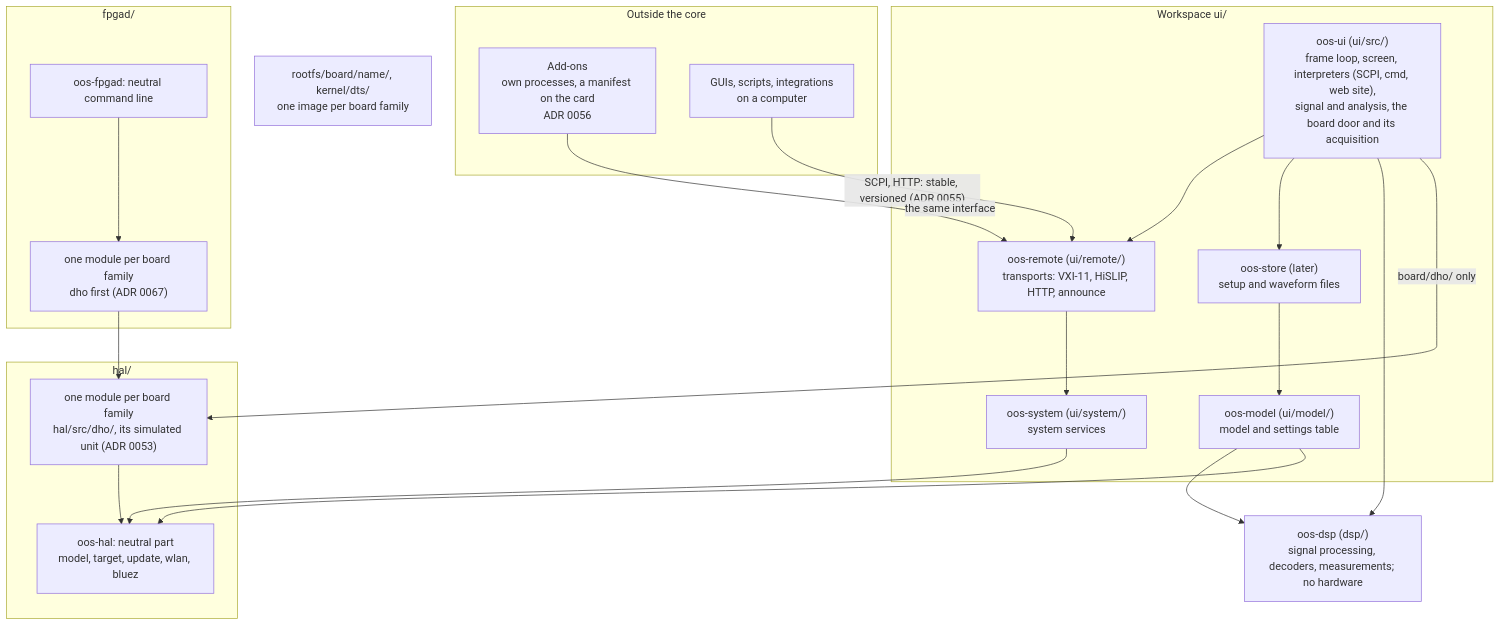
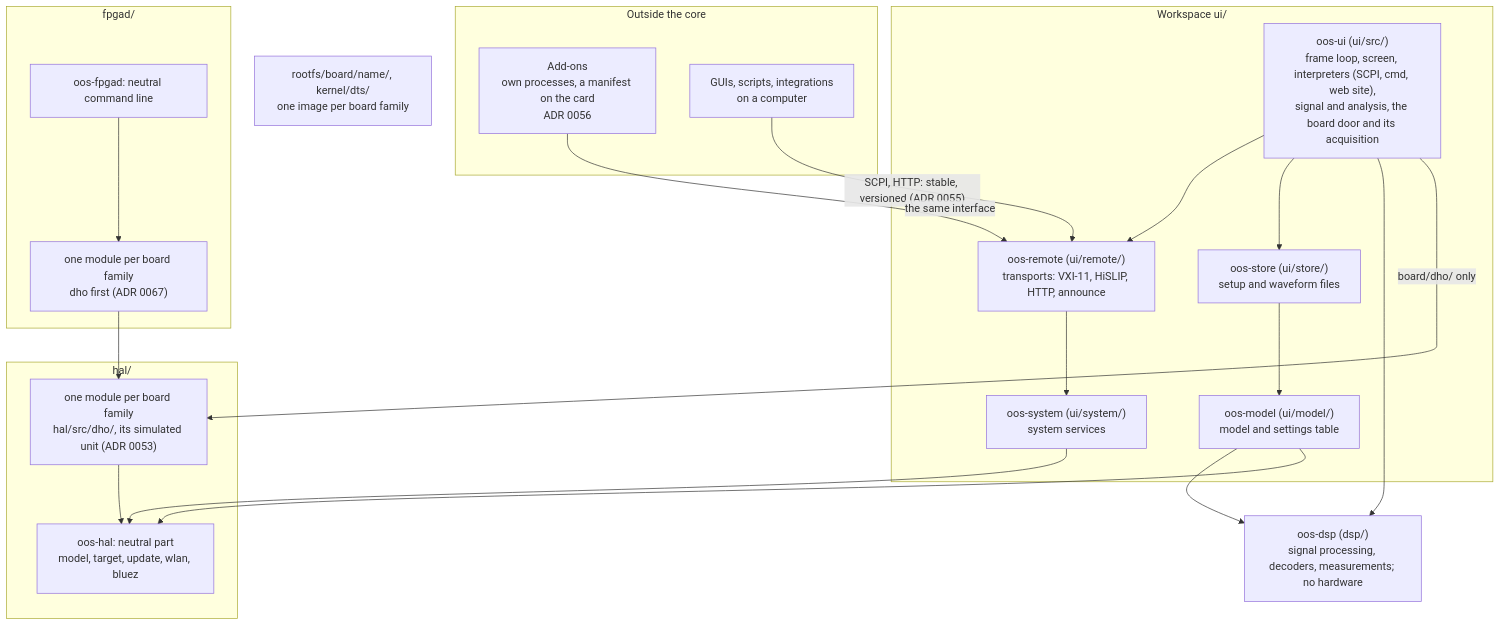
The fifth of 5 diagrams in docs/architecture.md (deckerjulian/oos), drawn with Mermaid before and after one commit. The commit also changed other lines of this file and 25 other files, not shown here.

````diff
--- a/docs/architecture.md
+++ b/docs/architecture.md
@@ -283,38 +293,38 @@
 ```mermaid
 flowchart TB
     subgraph outside["Outside the core"]
         addons["Add-ons<br/>own processes, a manifest on the card<br/>ADR 0056"]
         clients["GUIs, scripts, integrations<br/>on a computer"]
     end
     subgraph uiW["Workspace ui/"]
         ui["oos-ui (ui/src/)<br/>frame loop, screen, interpreters (SCPI, cmd, web site),<br/>signal and analysis, the board door and its acquisition"]
         remote["oos-remote (ui/remote/)<br/>transports: VXI-11, HiSLIP, HTTP, announce"]
-        store["oos-store (later)<br/>setup and waveform files"]
+        store["oos-store (ui/store/)<br/>setup and waveform files"]
         model["oos-model (ui/model/)<br/>model and settings table"]
         system["oos-system (ui/system/)<br/>system services"]
     end
     subgraph fpgadW["fpgad/"]
         cli["oos-fpgad: neutral command line"]
         cliboard["one module per board family<br/>dho first (ADR 0067)"]
     end
     dsp["oos-dsp (dsp/)<br/>signal processing, decoders, measurements; no hardware"]
     subgraph halW["hal/"]
         halcore["oos-hal: neutral part<br/>model, target, update, wlan, bluez"]
         halboard["one module per board family<br/>hal/src/dho/, its simulated unit (ADR 0053)"]
     end
     rootfs["rootfs/board/name/, kernel/dts/<br/>one image per board family"]
     clients -- "SCPI, HTTP: stable, versioned (ADR 0055)" --> remote
     addons -- "the same interface" --> remote
     ui --> remote
     ui --> store
     ui --> dsp
     ui -- "board/dho/ only" --> halboard
     remote --> system
     store --> model
     model --> dsp
     model --> halcore
     system --> halcore
     cli --> cliboard
     cliboard --> halboard
     halboard --> halcore
 ```
````
